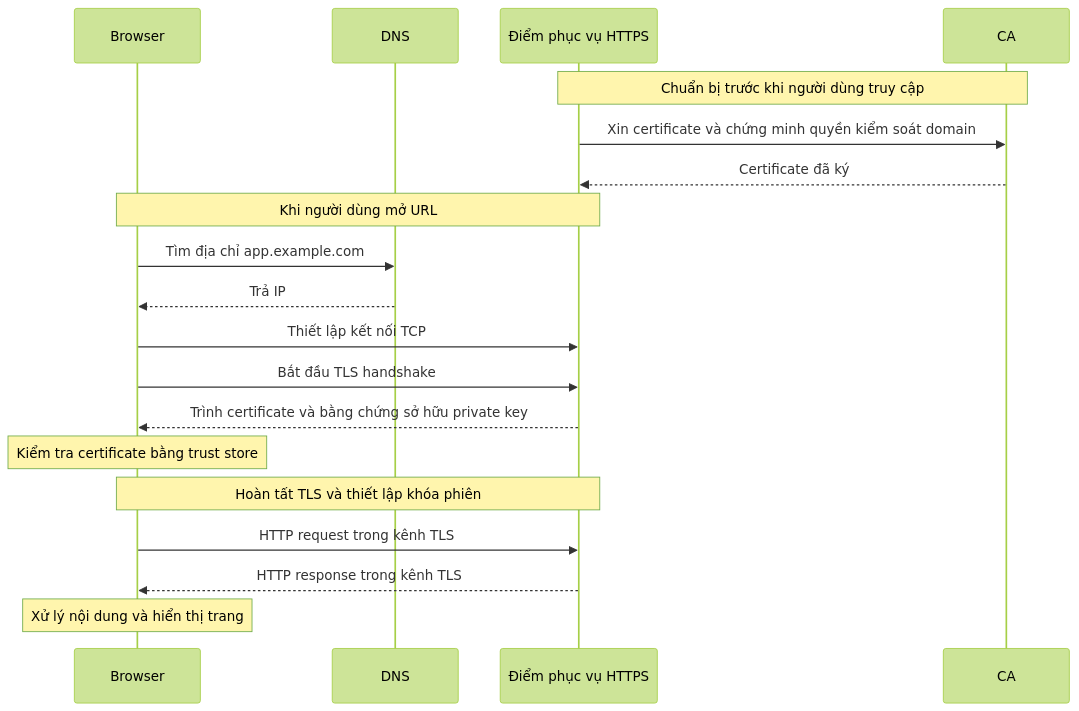
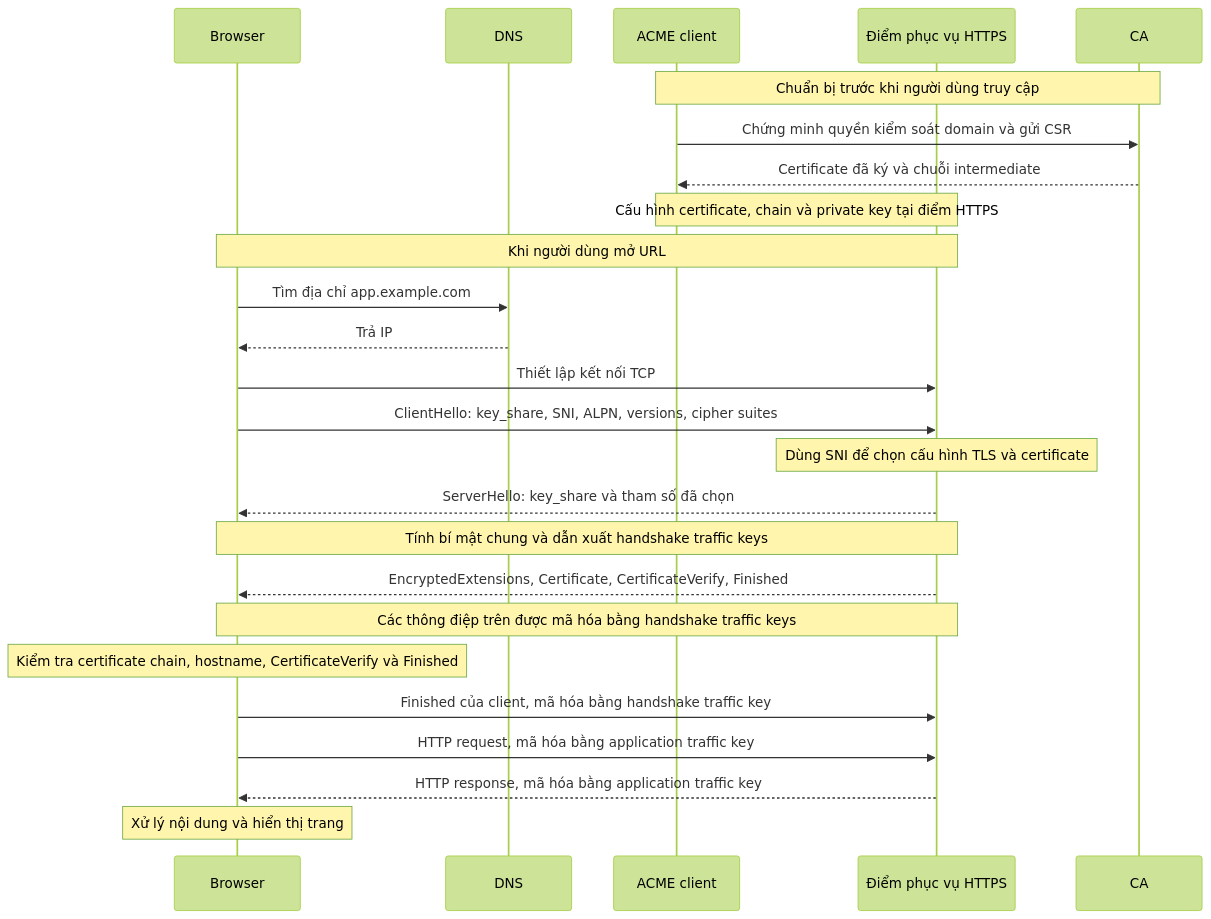
Before and after one commit to hieupham259/ansible_playbook_k8s-installation: the diagram in cloudflare-rancher-docs/ca-tls-https-request-response.md, drawn with Mermaid (forest theme). The commit also changed other lines of this file, not shown here.

Commit message:
docs: correct TLS 1.3 handshake and Cloudflare origin trust

````diff
--- a/cloudflare-rancher-docs/ca-tls-https-request-response.md
+++ b/cloudflare-rancher-docs/ca-tls-https-request-response.md
@@ -74,23 +104,29 @@
 ```mermaid
 sequenceDiagram
     participant B as Browser
     participant D as DNS
+    participant A as ACME client
     participant S as Điểm phục vụ HTTPS
     participant C as CA
 
-    Note over S,C: Chuẩn bị trước khi người dùng truy cập
-    S->>C: Xin certificate và chứng minh quyền kiểm soát domain
-    C-->>S: Certificate đã ký
+    Note over A,C: Chuẩn bị trước khi người dùng truy cập
+    A->>C: Chứng minh quyền kiểm soát domain và gửi CSR
+    C-->>A: Certificate đã ký và chuỗi intermediate
+    Note over A,S: Cấu hình certificate, chain và private key tại điểm HTTPS
 
     Note over B,S: Khi người dùng mở URL
     B->>D: Tìm địa chỉ app.example.com
     D-->>B: Trả IP
     B->>S: Thiết lập kết nối TCP
-    B->>S: Bắt đầu TLS handshake
-    S-->>B: Trình certificate và bằng chứng sở hữu private key
-    Note over B: Kiểm tra certificate bằng trust store
-    Note over B,S: Hoàn tất TLS và thiết lập khóa phiên
-    B->>S: HTTP request trong kênh TLS
-    S-->>B: HTTP response trong kênh TLS
+    B->>S: ClientHello: key_share, SNI, ALPN, versions, cipher suites
+    Note over S: Dùng SNI để chọn cấu hình TLS và certificate
+    S-->>B: ServerHello: key_share và tham số đã chọn
+    Note over B,S: Tính bí mật chung và dẫn xuất handshake traffic keys
+    S-->>B: EncryptedExtensions, Certificate, CertificateVerify, Finished
+    Note over B,S: Các thông điệp trên được mã hóa bằng handshake traffic keys
+    Note over B: Kiểm tra certificate chain, hostname, CertificateVerify và Finished
+    B->>S: Finished của client, mã hóa bằng handshake traffic key
+    B->>S: HTTP request, mã hóa bằng application traffic key
+    S-->>B: HTTP response, mã hóa bằng application traffic key
     Note over B: Xử lý nội dung và hiển thị trang
 ```
````
